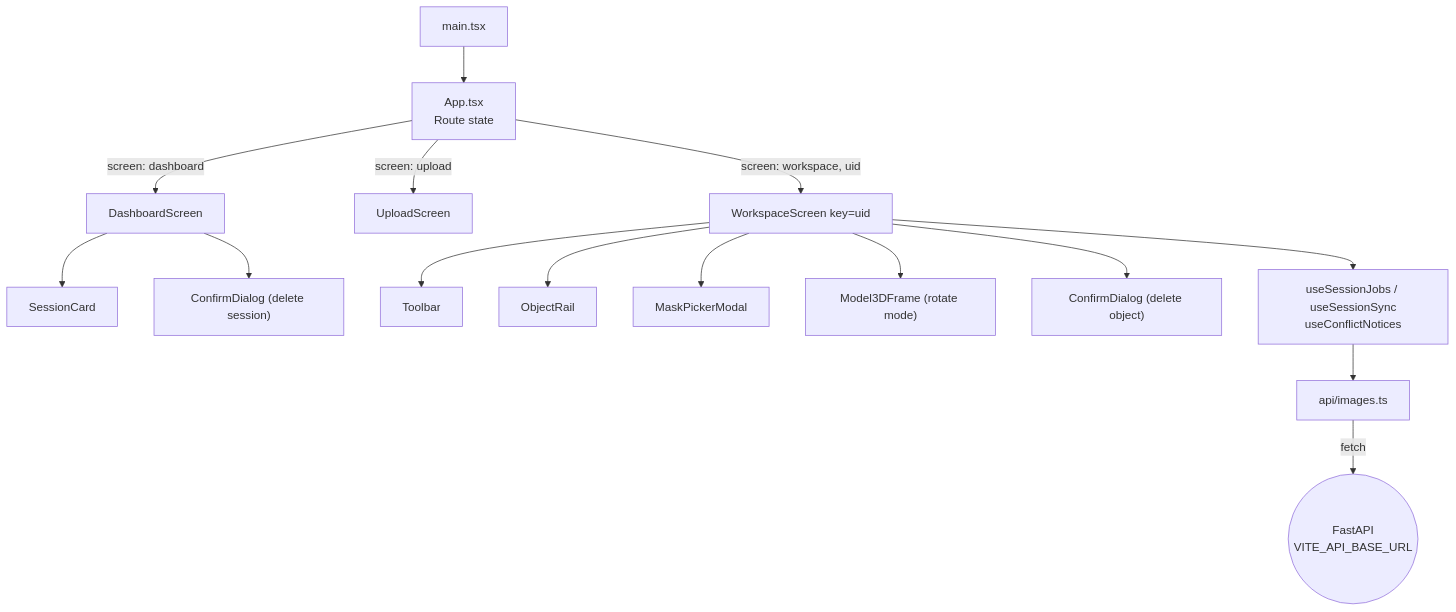
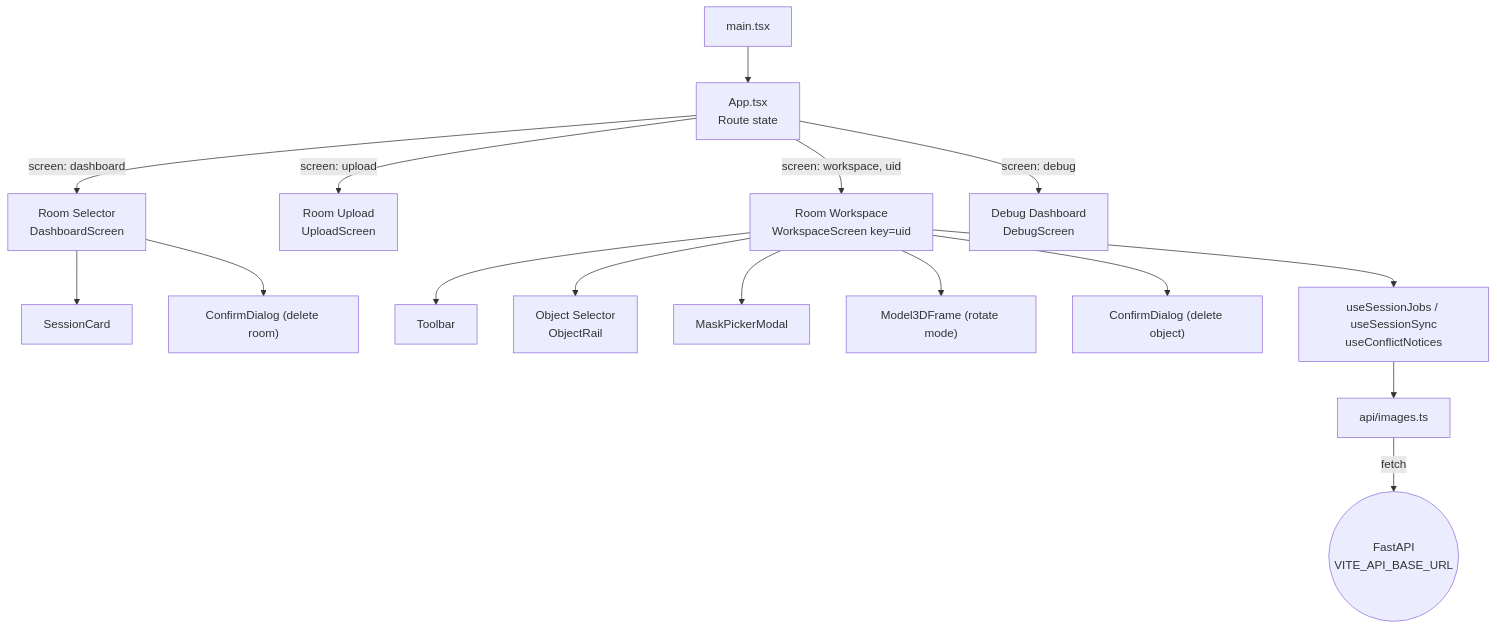
Before and after one commit to 1mache/avroom: the diagram in docs/frontend/README.md, drawn with Mermaid. The commit also changed other lines of this file and 10 other files, not shown here.

````diff
--- a/docs/frontend/README.md
+++ b/docs/frontend/README.md
@@ -18,17 +18,18 @@
 ```mermaid
 flowchart TD
     main["main.tsx"] --> App["App.tsx<br/>Route state"]
-    App -->|screen: dashboard| Dashboard["DashboardScreen"]
-    App -->|screen: upload| Upload["UploadScreen"]
-    App -->|screen: workspace, uid| Workspace["WorkspaceScreen key=uid"]
+    App -->|screen: dashboard| Dashboard["Room Selector<br/>DashboardScreen"]
+    App -->|screen: upload| Upload["Room Upload<br/>UploadScreen"]
+    App -->|screen: workspace, uid| Workspace["Room Workspace<br/>WorkspaceScreen key=uid"]
+    App -->|screen: debug| Debug["Debug Dashboard<br/>DebugScreen"]
     Dashboard --> SessionCard["SessionCard"]
-    Dashboard --> ConfirmDialogD["ConfirmDialog (delete session)"]
+    Dashboard --> ConfirmDialogD["ConfirmDialog (delete room)"]
     Workspace --> Toolbar["Toolbar"]
-    Workspace --> ObjectRail["ObjectRail"]
+    Workspace --> ObjectRail["Object Selector<br/>ObjectRail"]
     Workspace --> MaskPickerModal["MaskPickerModal"]
     Workspace --> Model3DFrame["Model3DFrame (rotate mode)"]
     Workspace --> ConfirmDialogO["ConfirmDialog (delete object)"]
     Workspace --> hooks["useSessionJobs / useSessionSync<br/>useConflictNotices"]
     hooks --> apiImages["api/images.ts"]
     apiImages -->|fetch| Backend(("FastAPI<br/>VITE_API_BASE_URL"))
 ```
````
